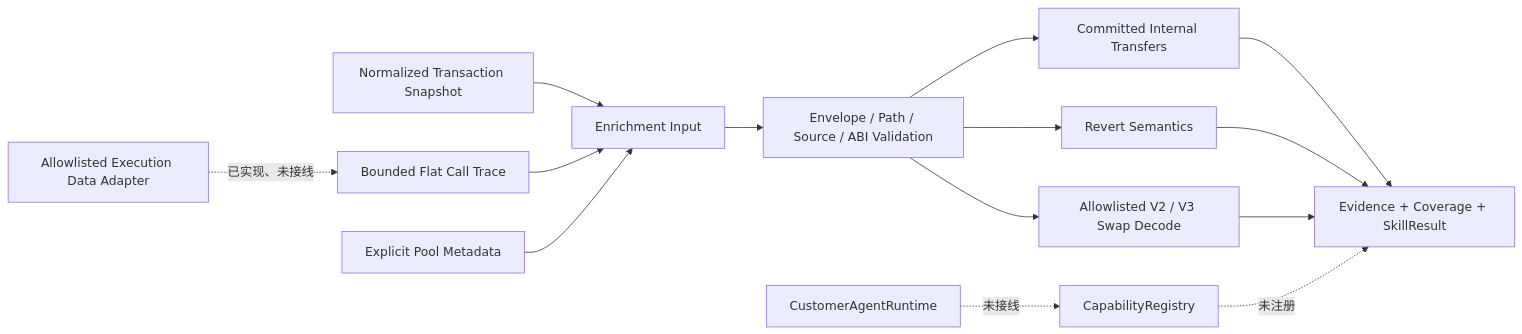
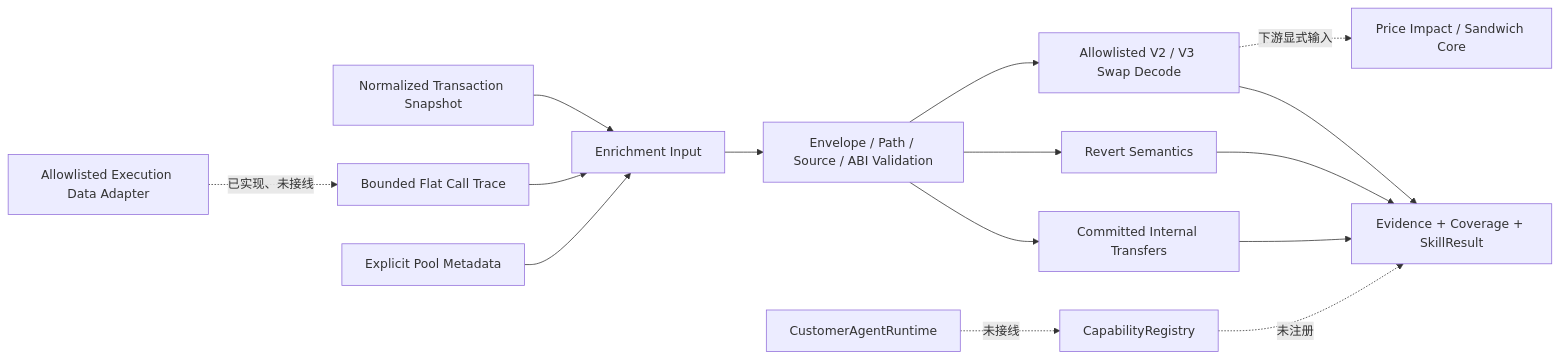
The diagram in docs/evm-execution-enrichment.md (spencer17x/xxyy-ask), drawn with Mermaid before and after one commit. The commit also changed other lines of this file and 25 other files, not shown here.

Commit message:
feat(rag): add EVM price impact sandwich core

````diff
--- a/docs/evm-execution-enrichment.md
+++ b/docs/evm-execution-enrichment.md
@@ -11,17 +11,18 @@
 ```mermaid
 flowchart LR
   Snapshot["Normalized Transaction Snapshot"] --> Envelope["Enrichment Input"]
   Trace["Bounded Flat Call Trace"] --> Envelope
   Pool["Explicit Pool Metadata"] --> Envelope
   Envelope --> Validate["Envelope / Path / Source / ABI Validation"]
   Validate --> Commit["Committed Internal Transfers"]
   Validate --> Revert["Revert Semantics"]
   Validate --> Swap["Allowlisted V2 / V3 Swap Decode"]
   Commit --> Result["Evidence + Coverage + SkillResult"]
   Revert --> Result
   Swap --> Result
+  Swap -. "下游显式输入" .-> Mev["Price Impact / Sandwich Core"]
 
   Rpc["Allowlisted Execution Data Adapter"] -. "已实现、未接线" .-> Trace
   Capability["CapabilityRegistry"] -. "未注册" .-> Result
   Agent["CustomerAgentRuntime"] -. "未接线" .-> Capability
 ```
````
